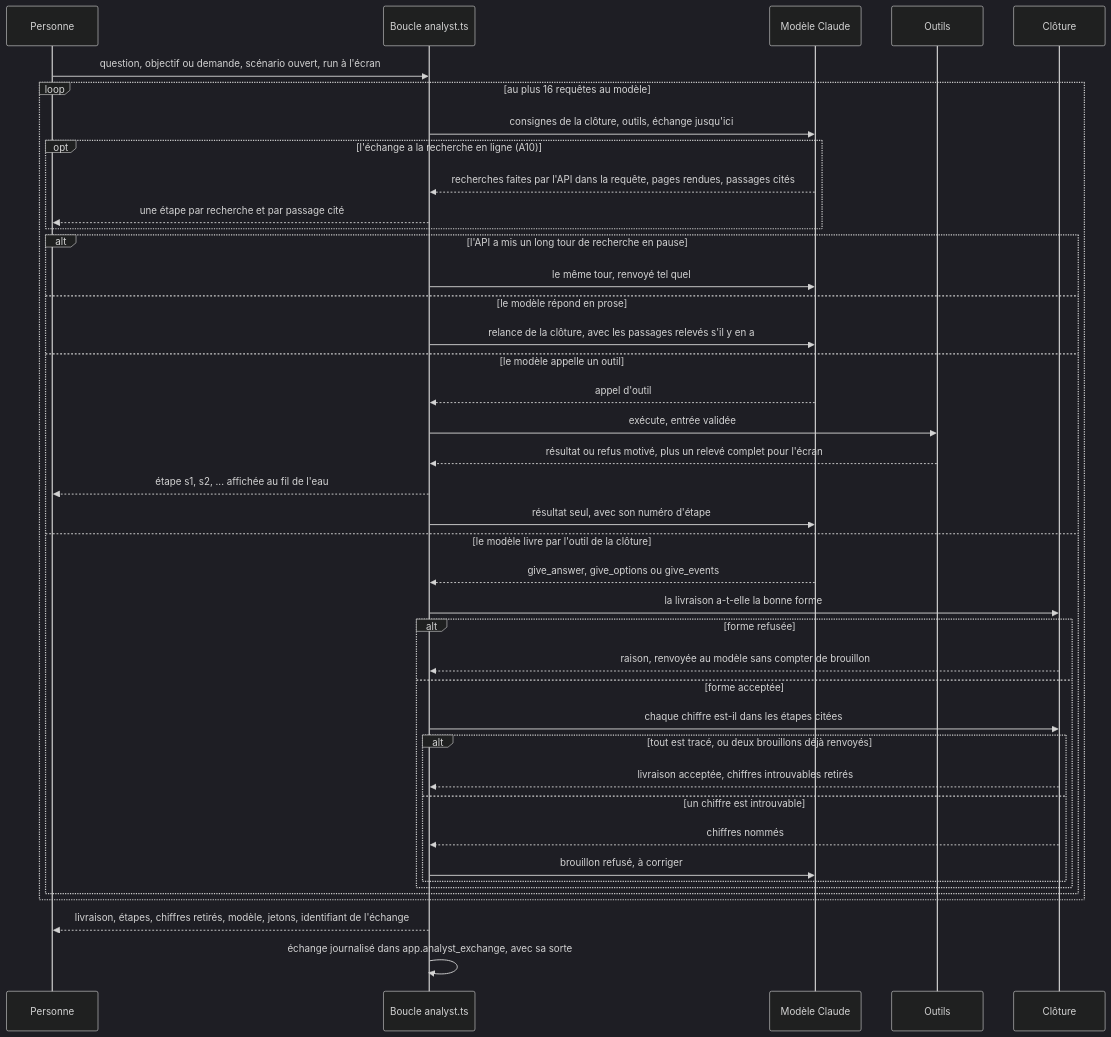
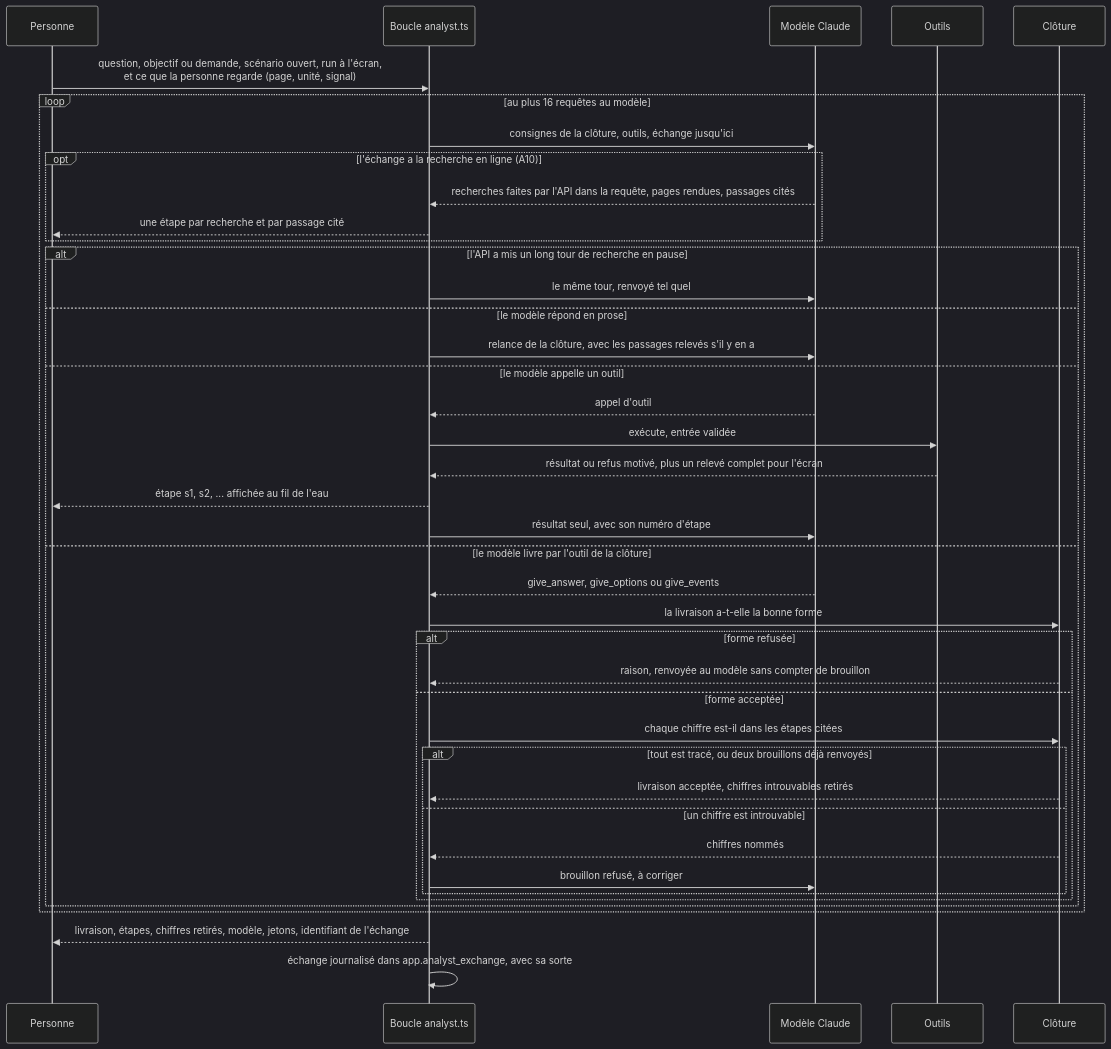
One commit to V1ktor7/obscyro changed the first of 31 diagrams in docs/algorithms.md. Above: the diagram before and after it, drawn with Mermaid (dark theme). The commit also changed other lines of this file and 23 other files, not shown here.

````diff
--- a/docs/algorithms.md
+++ b/docs/algorithms.md
@@ -55,43 +56,43 @@
 ```mermaid
 sequenceDiagram
     participant P as Personne
     participant B as Boucle analyst.ts
     participant M as Modèle Claude
     participant O as Outils
     participant C as Clôture
-    P->>B: question, objectif ou demande, scénario ouvert, run à l'écran
+    P->>B: question, objectif ou demande, scénario ouvert, run à l'écran,<br/>et ce que la personne regarde (page, unité, signal)
     loop au plus 16 requêtes au modèle
         B->>M: consignes de la clôture, outils, échange jusqu'ici
         opt l'échange a la recherche en ligne (A10)
             M-->>B: recherches faites par l'API dans la requête, pages rendues, passages cités
             B-->>P: une étape par recherche et par passage cité
         end
         alt l'API a mis un long tour de recherche en pause
             B->>M: le même tour, renvoyé tel quel
         else le modèle répond en prose
             B->>M: relance de la clôture, avec les passages relevés s'il y en a
         else le modèle appelle un outil
             M-->>B: appel d'outil
             B->>O: exécute, entrée validée
             O-->>B: résultat ou refus motivé, plus un relevé complet pour l'écran
             B-->>P: étape s1, s2, ... affichée au fil de l'eau
             B->>M: résultat seul, avec son numéro d'étape
         else le modèle livre par l'outil de la clôture
             M-->>B: give_answer, give_options ou give_events
             B->>C: la livraison a-t-elle la bonne forme
             alt forme refusée
                 C-->>B: raison, renvoyée au modèle sans compter de brouillon
             else forme acceptée
                 B->>C: chaque chiffre est-il dans les étapes citées
                 alt tout est tracé, ou deux brouillons déjà renvoyés
                     C-->>B: livraison acceptée, chiffres introuvables retirés
                 else un chiffre est introuvable
                     C-->>B: chiffres nommés
                     B->>M: brouillon refusé, à corriger
                 end
             end
         end
     end
     B-->>P: livraison, étapes, chiffres retirés, modèle, jetons, identifiant de l'échange
     B->>B: échange journalisé dans app.analyst_exchange, avec sa sorte
 ```
````
